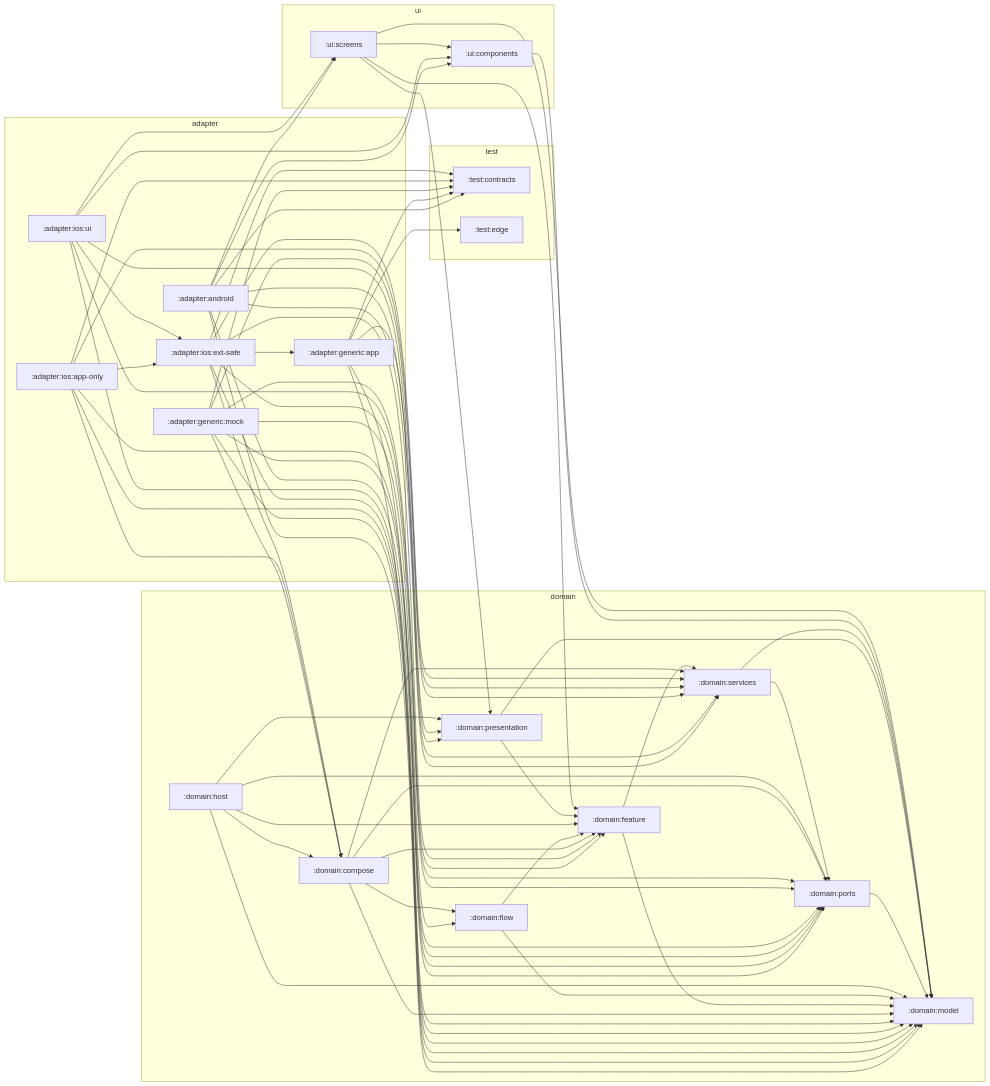
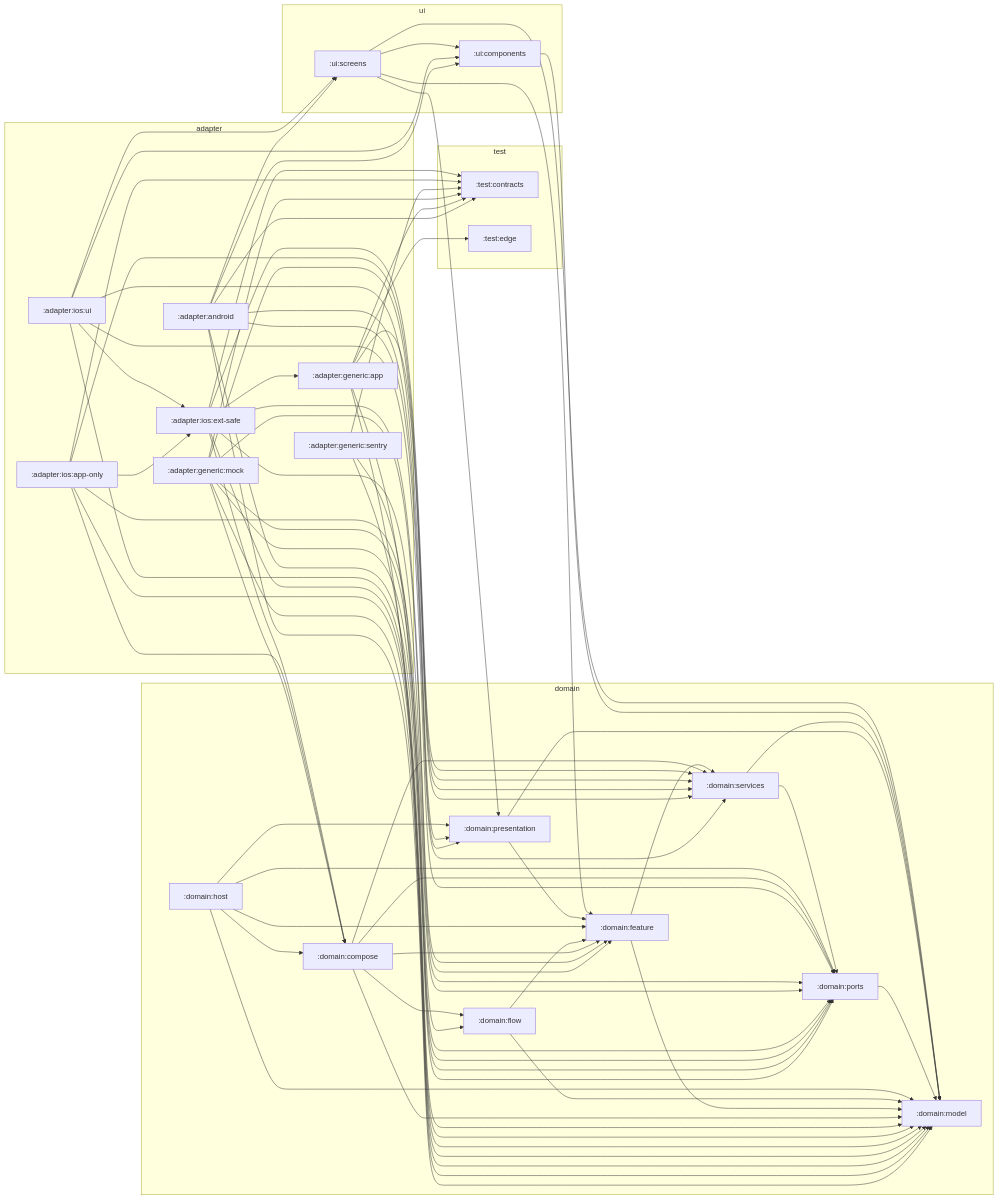
The diagram in architecture/zones.md (stefanhoelzl/SnapSync), drawn with Mermaid before and after one commit. The commit also changed 53 other files, not shown here.

```diff
--- a/architecture/zones.md
+++ b/architecture/zones.md
@@ -11,6 +11,7 @@
     adapter_android[":adapter:android"]
     adapter_generic_app[":adapter:generic:app"]
     adapter_generic_mock[":adapter:generic:mock"]
+    adapter_generic_sentry[":adapter:generic:sentry"]
     adapter_ios_app_only[":adapter:ios:app-only"]
     adapter_ios_ext_safe[":adapter:ios:ext-safe"]
     adapter_ios_ui[":adapter:ios:ui"]
@@ -52,6 +53,9 @@
   adapter_generic_mock --> domain_ports
   adapter_generic_mock --> domain_services
   adapter_generic_mock --> test_contracts
+  adapter_generic_sentry --> domain_model
+  adapter_generic_sentry --> domain_ports
+  adapter_generic_sentry --> test_contracts
   adapter_ios_app_only --> adapter_ios_ext_safe
   adapter_ios_app_only --> domain_compose
   adapter_ios_app_only --> domain_model
```
